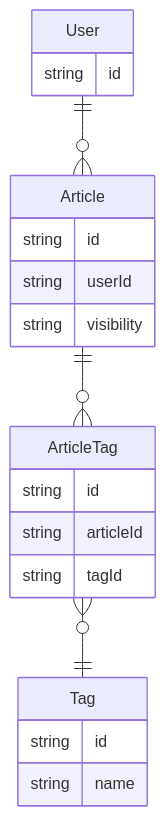
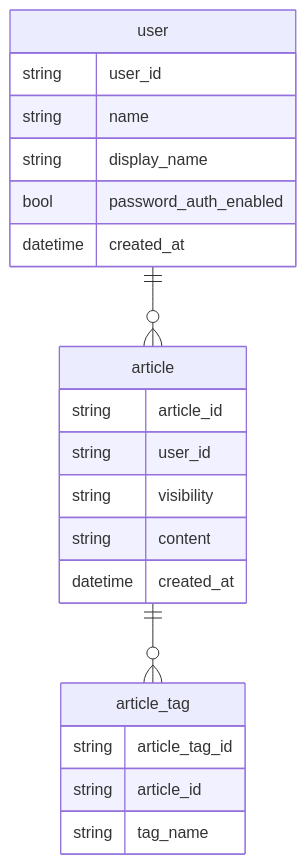
Before and after one commit to frost-community/frost: the seventh of 8 diagrams in backend/docs/db.md, drawn with Mermaid. The commit also changed other lines of this file, not shown here.

````diff
--- a/backend/docs/db.md
+++ b/backend/docs/db.md
@@ -139,29 +153,28 @@
 ```mermaid
 erDiagram
-  User {
-    string id
+  user {
+    string user_id
+    string name
+    string display_name
+    bool password_auth_enabled
+    datetime created_at
   }
 
-  User ||--o{ Article : ""
+  user ||--o{ article : ""
 
-  Article {
-    string id
-    string userId
+  article {
+    string article_id
+    string user_id
     string visibility
+    string content
+    datetime created_at
   }
 
-  Article ||--o{ ArticleTag : ""
+  article ||--o{ article_tag : ""
 
-  ArticleTag {
-    string id
-    string articleId
-    string tagId
-  }
-
-  ArticleTag }o--|| Tag : ""
-
-  Tag {
-    string id
-    string name
+  article_tag {
+    string article_tag_id
+    string article_id
+    string tag_name
   }
 ```
````
